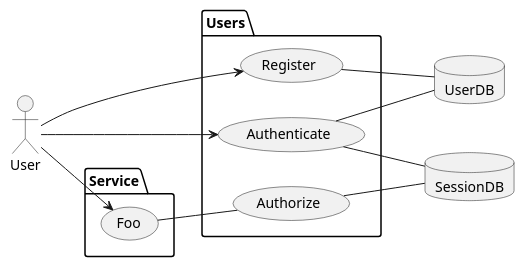
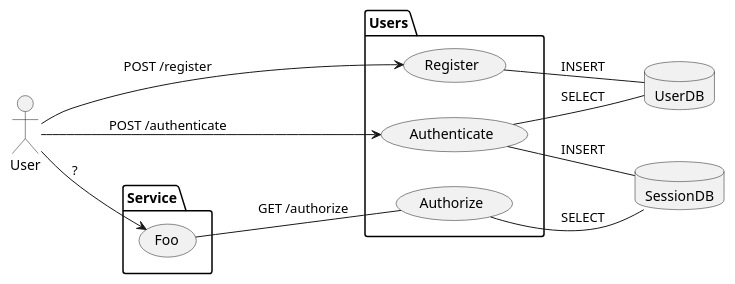
Before and after one commit to chayward1/users: the diagram in README.org, drawn with PlantUML. The commit also changed 1 other file, not shown here.

Commit message:
Add text

```diff
--- a/README.org
+++ b/README.org
@@ -17,28 +17,28 @@
 #+begin_src plantuml :file example.png :exports results
 left to right direction
 actor User
 
 package Users {
   usecase Register
   usecase Authenticate
   usecase Authorize
 }
 
 Package Service {
   usecase Foo
 }
 
 database UserDB
 database SessionDB
 
-User --> Register
-Register -- UserDB
+User --> Register : POST /register
+Register -- UserDB : INSERT
 
-User --> Authenticate
-Authenticate -- UserDB
-Authenticate -- SessionDB
+User --> Authenticate : POST /authenticate
+Authenticate -- UserDB : SELECT
+Authenticate -- SessionDB : INSERT
 
-User --> Foo
-Foo -- Authorize
-Authorize -- SessionDB
+User --> Foo : ?
+Foo -- Authorize : GET /authorize
+Authorize -- SessionDB : SELECT
 #+end_src
```
